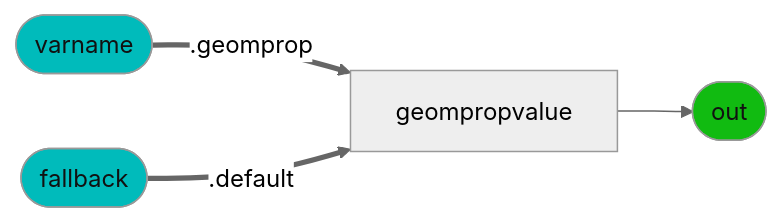
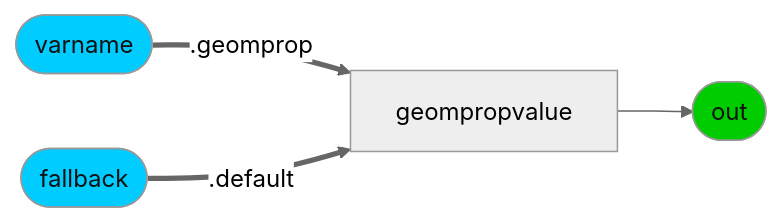
One commit to kwokcb/MaterialX_Learn changed diagram 20 of 35 in documents/definitions/bxdf_doc.md. Above: the diagram before and after it, drawn with Mermaid (neutral theme). The commit also changed other lines of this file and 435 other files, not shown here.

````diff
--- a/documents/definitions/bxdf_doc.md
+++ b/documents/definitions/bxdf_doc.md
@@ -1695,10 +1691,10 @@
 ```mermaid
 graph LR; 
     IMP_UsdPrimvarReader_vector4_primvar[geompropvalue] --> IMP_UsdPrimvarReader_vector4_out([out])
-    style IMP_UsdPrimvarReader_vector4_out fill:#1b1, color:#111
+    style IMP_UsdPrimvarReader_vector4_out fill:#0C0, color:#111
     IMP_UsdPrimvarReader_vector4_varnameINT([varname]) ==.geomprop==> IMP_UsdPrimvarReader_vector4_primvar[geompropvalue]
-    style IMP_UsdPrimvarReader_vector4_varnameINT fill:#0bb, color:#111
+    style IMP_UsdPrimvarReader_vector4_varnameINT fill:#0CF, color:#111
     IMP_UsdPrimvarReader_vector4_fallbackINT([fallback]) ==.default==> IMP_UsdPrimvarReader_vector4_primvar[geompropvalue]
-    style IMP_UsdPrimvarReader_vector4_fallbackINT fill:#0bb, color:#111
+    style IMP_UsdPrimvarReader_vector4_fallbackINT fill:#0CF, color:#111
 
 ```
````
